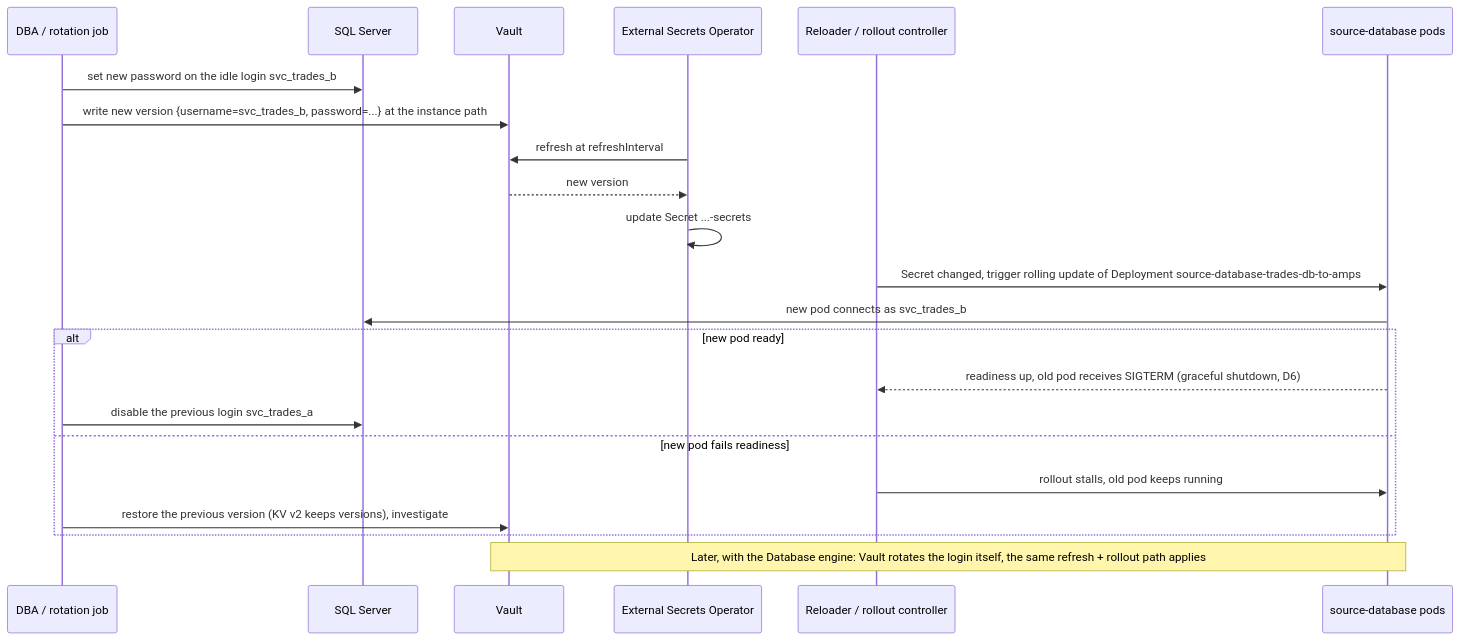
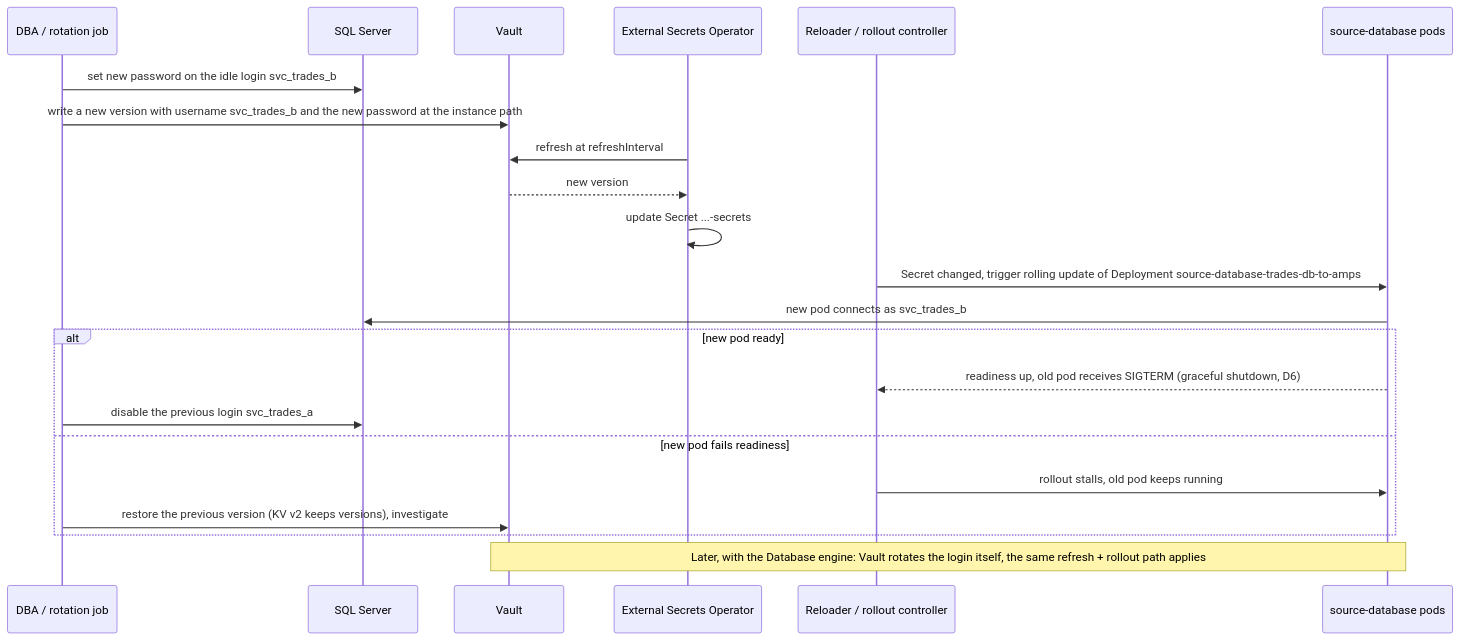
Before and after one commit to crazymatthsu/github-demo: the fourth of 4 diagrams in docs/02-secrets-and-vault.md, drawn with Mermaid. The commit also changed other lines of this file and 37 other files, not shown here.

````diff
--- a/docs/02-secrets-and-vault.md
+++ b/docs/02-secrets-and-vault.md
@@ -365,24 +365,24 @@
 ```mermaid
 sequenceDiagram
   participant D as DBA / rotation job
   participant S as SQL Server
   participant V as Vault
   participant E as External Secrets Operator
   participant R as Reloader / rollout controller
   participant P as source-database pods
   D->>S: set new password on the idle login svc_trades_b
-  D->>V: write new version {username=svc_trades_b, password=...} at the instance path
+  D->>V: write a new version with username svc_trades_b and the new password at the instance path
   E->>V: refresh at refreshInterval
   V-->>E: new version
   E->>E: update Secret ...-secrets
   R->>P: Secret changed, trigger rolling update of Deployment source-database-trades-db-to-amps
   P->>S: new pod connects as svc_trades_b
   alt new pod ready
     P-->>R: readiness up, old pod receives SIGTERM (graceful shutdown, D6)
     D->>S: disable the previous login svc_trades_a
   else new pod fails readiness
     R->>P: rollout stalls, old pod keeps running
     D->>V: restore the previous version (KV v2 keeps versions), investigate
   end
   Note over V,P: Later, with the Database engine: Vault rotates the login itself, the same refresh + rollout path applies
 ```
````
